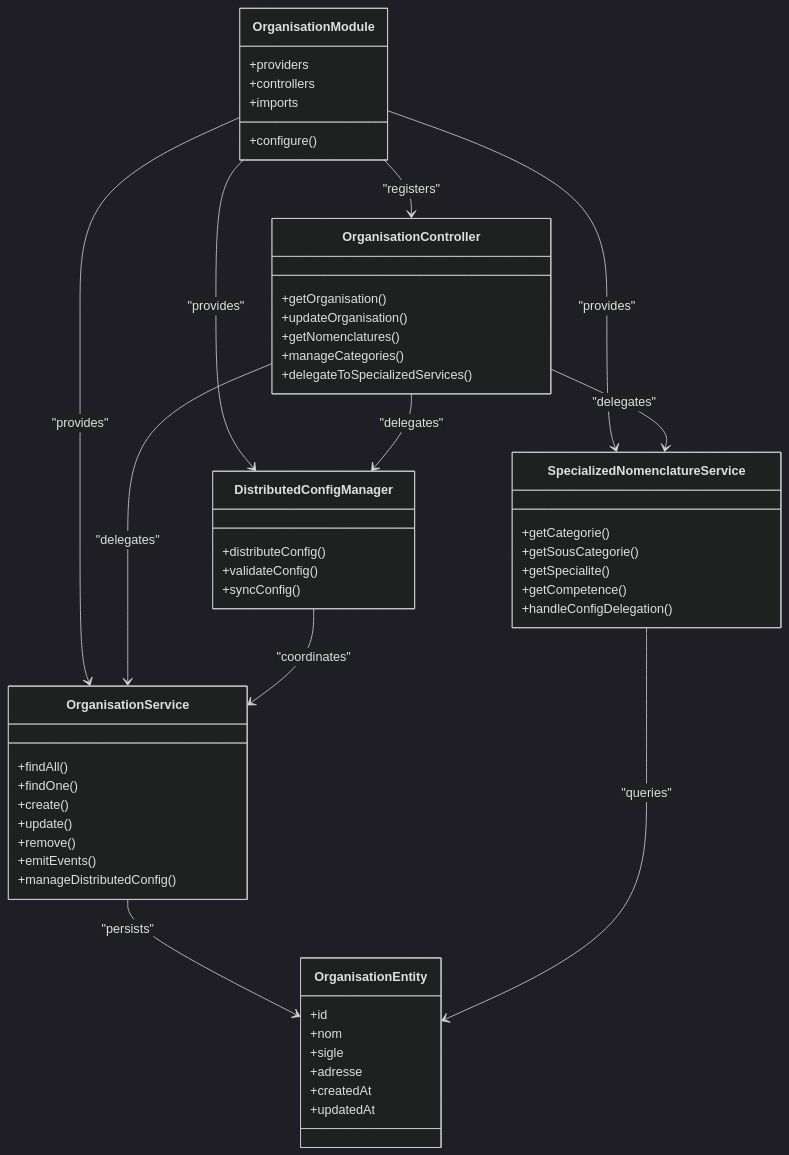
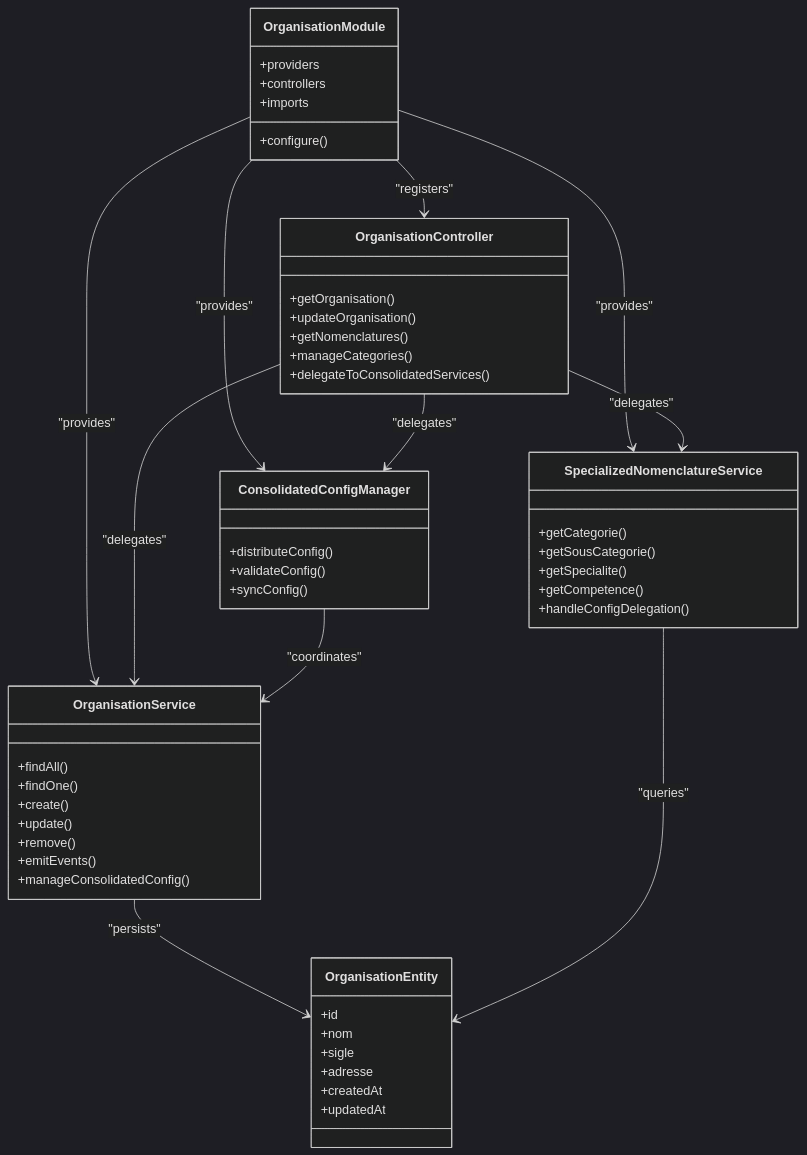
The second of 19 diagrams in .qoder/repowiki/en/content/System Architecture/Backend Architecture/Backend Architecture.md (franckylab/eLISAschool), drawn with Mermaid (dark theme) before and after one commit. The commit also changed other lines of this file and 97 other files, not shown here.

````diff
--- a/.qoder/repowiki/en/content/System Architecture/Backend Architecture/Backend Architecture.md
+++ b/.qoder/repowiki/en/content/System Architecture/Backend Architecture/Backend Architecture.md
@@ -183,55 +188,55 @@
 ```mermaid
 classDiagram
 class OrganisationModule {
 +configure()
 +providers
 +controllers
 +imports
 }
 class OrganisationController {
 +getOrganisation()
 +updateOrganisation()
 +getNomenclatures()
 +manageCategories()
-+delegateToSpecializedServices()
++delegateToConsolidatedServices()
 }
 class OrganisationService {
 +findAll()
 +findOne()
 +create()
 +update()
 +remove()
 +emitEvents()
-+manageDistributedConfig()
++manageConsolidatedConfig()
 }
 class SpecializedNomenclatureService {
 +getCategorie()
 +getSousCategorie()
 +getSpecialite()
 +getCompetence()
 +handleConfigDelegation()
 }
-class DistributedConfigManager {
+class ConsolidatedConfigManager {
 +distributeConfig()
 +validateConfig()
 +syncConfig()
 }
 class OrganisationEntity {
 +id
 +nom
 +sigle
 +adresse
 +createdAt
 +updatedAt
 }
 OrganisationModule --> OrganisationController : "registers"
 OrganisationModule --> OrganisationService : "provides"
 OrganisationModule --> SpecializedNomenclatureService : "provides"
-OrganisationModule --> DistributedConfigManager : "provides"
+OrganisationModule --> ConsolidatedConfigManager : "provides"
 OrganisationController --> OrganisationService : "delegates"
 OrganisationController --> SpecializedNomenclatureService : "delegates"
-OrganisationController --> DistributedConfigManager : "delegates"
+OrganisationController --> ConsolidatedConfigManager : "delegates"
 OrganisationService --> OrganisationEntity : "persists"
 SpecializedNomenclatureService --> OrganisationEntity : "queries"
-DistributedConfigManager --> OrganisationService : "coordinates"
+ConsolidatedConfigManager --> OrganisationService : "coordinates"
 ```
````
